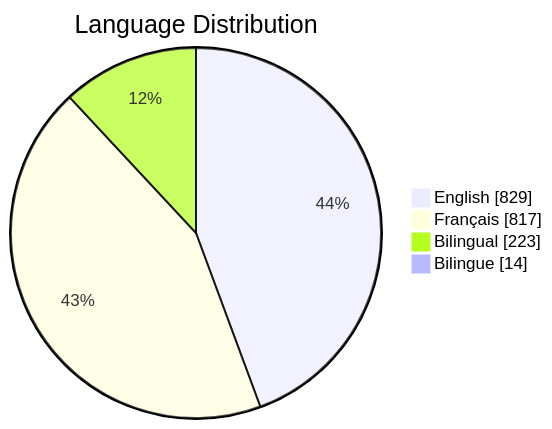
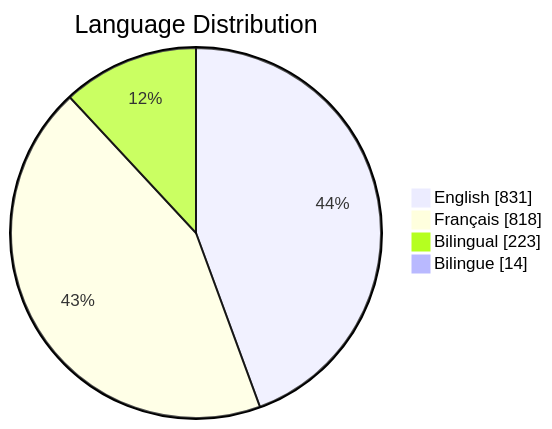
The third of 6 diagrams in README.md (PatLittle/GC-Socials), drawn with Mermaid before and after one commit. The commit also changed other lines of this file, not shown here.

Commit message:
Update README with Platform Distribution pie chart

````diff
--- a/README.md
+++ b/README.md
@@ -65,7 +65,7 @@
 ```mermaid
 pie showData title Language Distribution
-    "English": 829
-    "Français": 817
+    "English": 831
+    "Français": 818
     "Bilingual": 223
     "Bilingue": 14
 ```
````
